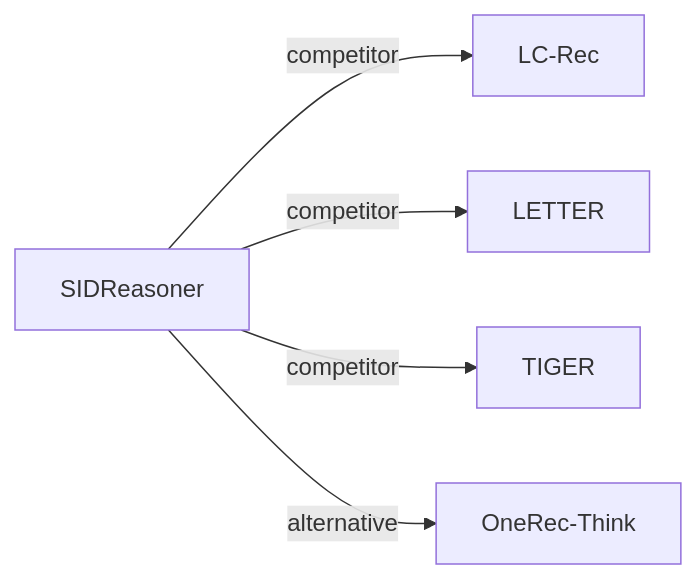
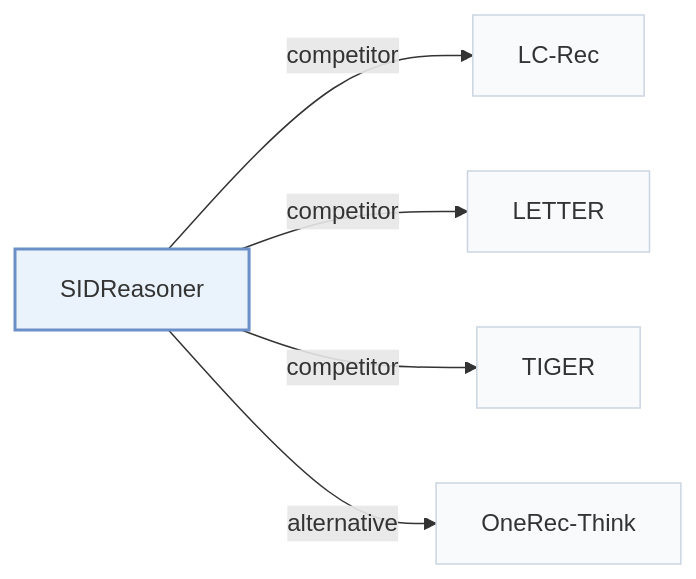
Before and after one commit to Galaxy-ghost/Awesome-SID-Generative-Rec: the third of 3 diagrams in pages/papers/sidreasoner.md, drawn with Mermaid. The commit also changed other lines of this file and 649 other files, not shown here.

Commit message:
writer-05: also tags and modality index (schema, check, build, visuals); summary field removed; calibration data for 12 papers

````diff
--- a/pages/papers/sidreasoner.md
+++ b/pages/papers/sidreasoner.md
@@ -124,8 +137,12 @@
 ```mermaid
 flowchart LR
     P["SIDReasoner"]
-    P -->|competitor| A["LC-Rec"]
-    P -->|competitor| B["LETTER"]
-    P -->|competitor| C["TIGER"]
-    P -->|alternative| D["OneRec-Think"]
+    P -->|"competitor"| A["LC-Rec"]
+    P -->|"competitor"| B["LETTER"]
+    P -->|"competitor"| C["TIGER"]
+    P -->|"alternative"| D["OneRec-Think"]
+    classDef main fill:#eaf2fb,stroke:#6b8fc7,stroke-width:2px
+    classDef peer fill:#f8fafc,stroke:#cbd5e1
+    class P main
+    class A,B,C,D peer
 ```
````
